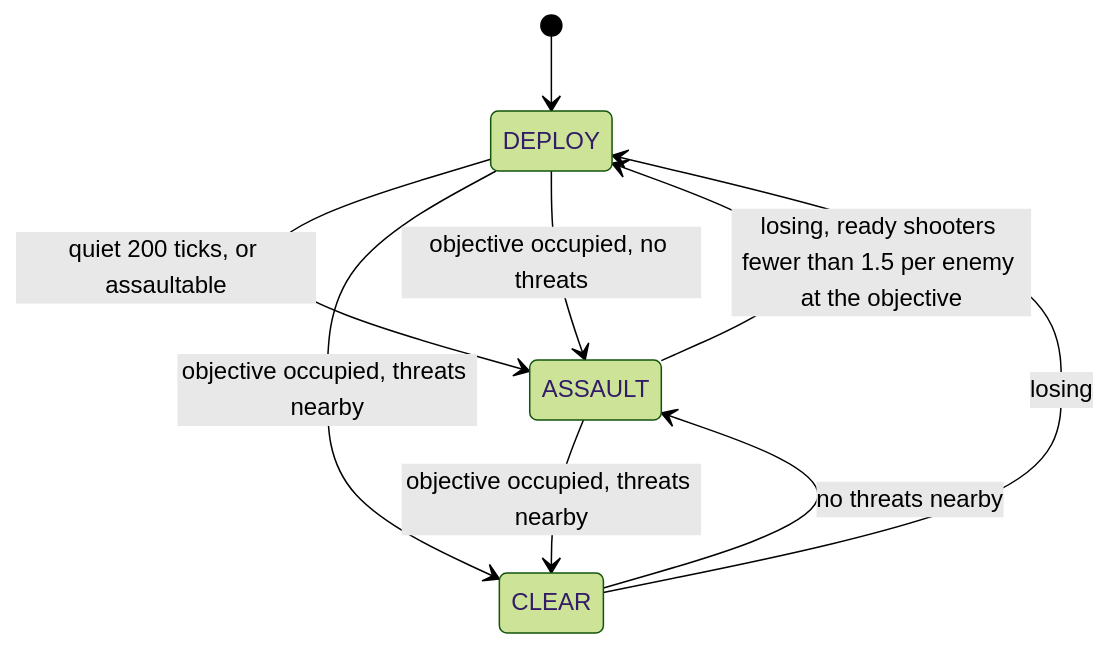
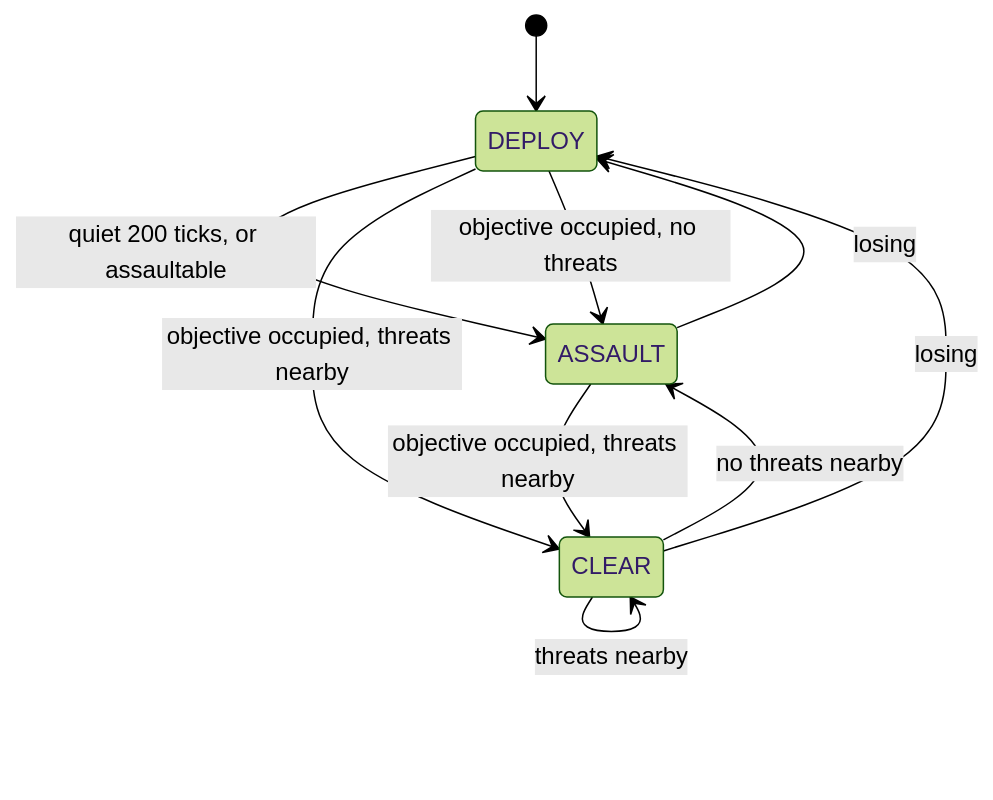
One commit to fr3ddy-fryd3/sbw-npc changed the third of 6 diagrams in docs/HTN-DIAGRAMS.md. Above: the diagram before and after it, drawn with Mermaid (forest theme). The commit also changed other lines of this file, not shown here.

````diff
--- a/docs/HTN-DIAGRAMS.md
+++ b/docs/HTN-DIAGRAMS.md
@@ -46,11 +49,12 @@
 ```mermaid
 stateDiagram-v2
     [*] --> DEPLOY
     DEPLOY --> ASSAULT: quiet 200 ticks, or assaultable
-    ASSAULT --> DEPLOY: losing, ready shooters fewer than 1.5 per enemy at the objective
+    ASSAULT --> DEPLOY: losing
     CLEAR --> DEPLOY: losing
+    CLEAR --> CLEAR: threats nearby
     CLEAR --> ASSAULT: no threats nearby
     ASSAULT --> CLEAR: objective occupied, threats nearby
     DEPLOY --> CLEAR: objective occupied, threats nearby
     DEPLOY --> ASSAULT: objective occupied, no threats
 ```
````
